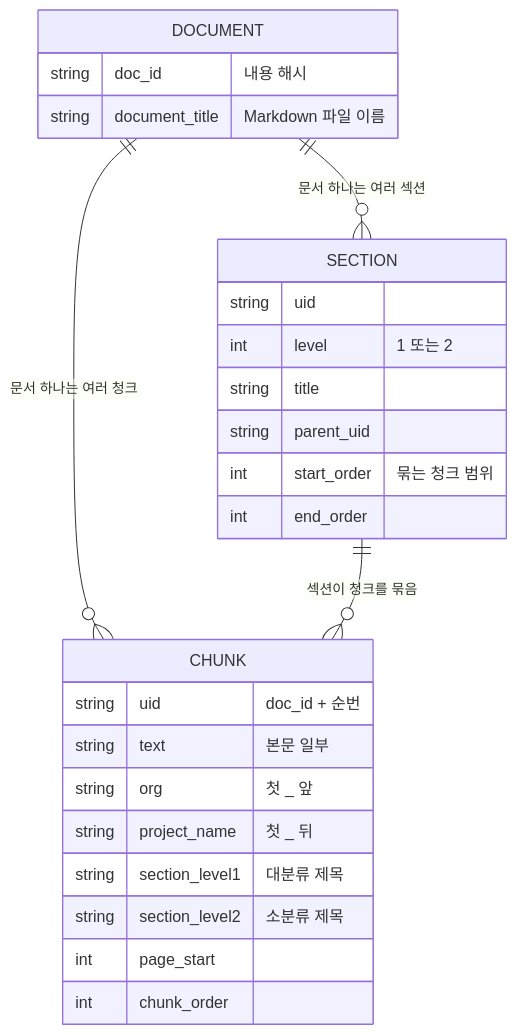
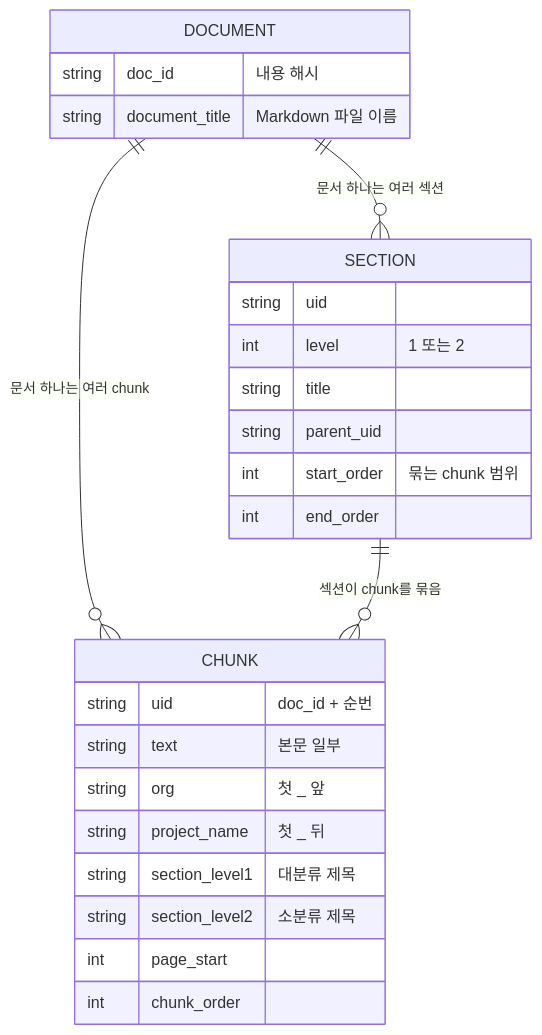
The fourth of 4 diagrams in docs/04_DB구축.md (adover134/hierarchical-md-rag), drawn with Mermaid before and after one commit. The commit also changed other lines of this file and 24 other files, not shown here.

````diff
--- a/docs/04_DB구축.md
+++ b/docs/04_DB구축.md
@@ -102,29 +102,29 @@
 ```mermaid
 erDiagram
-    DOCUMENT ||--o{ CHUNK : "문서 하나는 여러 청크"
+    DOCUMENT ||--o{ CHUNK : "문서 하나는 여러 chunk"
     DOCUMENT ||--o{ SECTION : "문서 하나는 여러 섹션"
-    SECTION ||--o{ CHUNK : "섹션이 청크를 묶음"
+    SECTION ||--o{ CHUNK : "섹션이 chunk를 묶음"
 
     DOCUMENT {
         string doc_id "내용 해시"
         string document_title "Markdown 파일 이름"
     }
     CHUNK {
         string uid "doc_id + 순번"
         string text "본문 일부"
         string org "첫 _ 앞"
         string project_name "첫 _ 뒤"
         string section_level1 "대분류 제목"
         string section_level2 "소분류 제목"
         int page_start
         int chunk_order
     }
     SECTION {
         string uid
         int level "1 또는 2"
         string title
         string parent_uid
-        int start_order "묶는 청크 범위"
+        int start_order "묶는 chunk 범위"
         int end_order
     }
 ```
````
